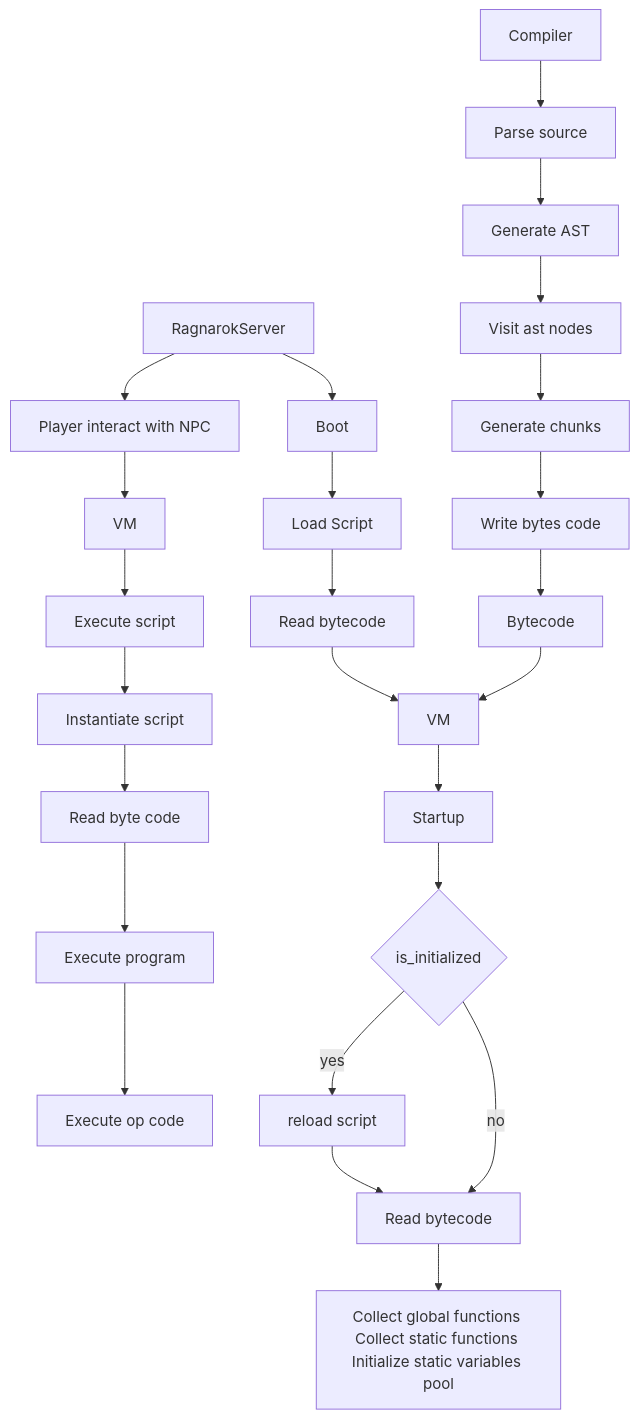
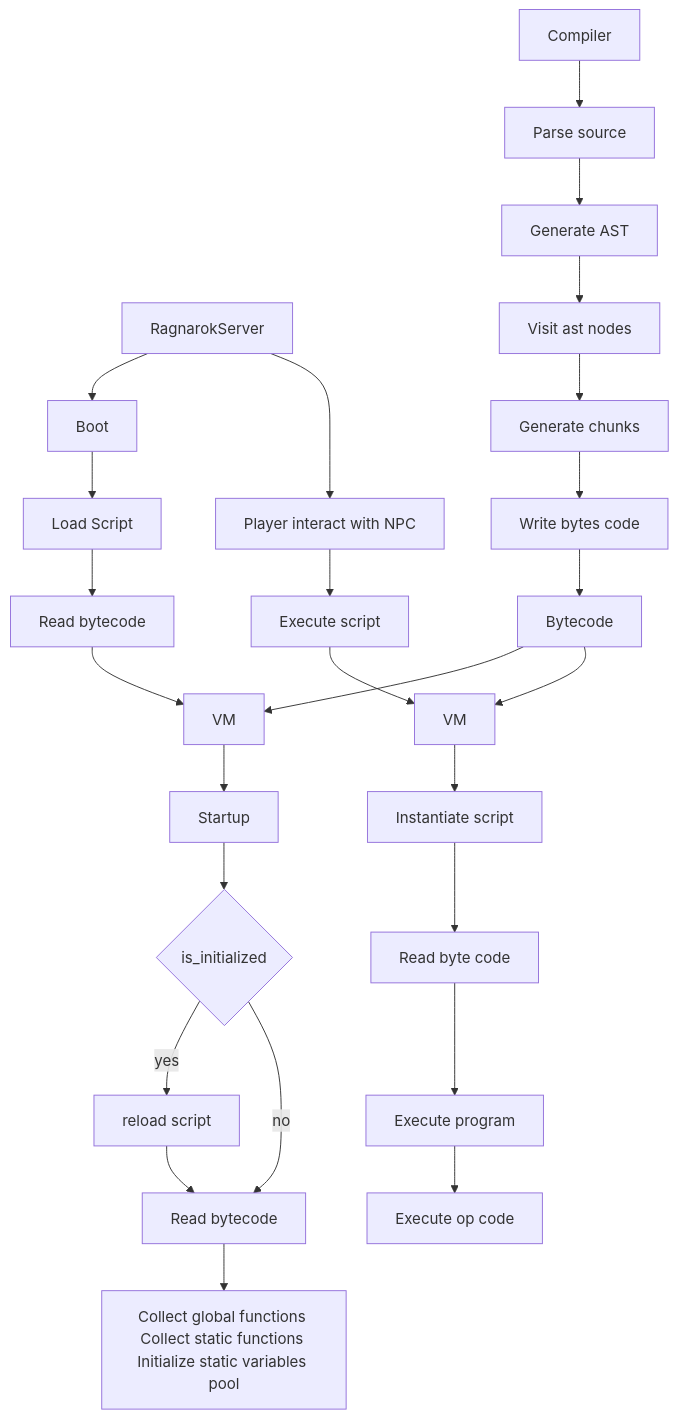
One commit to nmeylan/rathena-script-lang-interpreter changed the diagram in README.md. Above: the diagram before and after it, drawn with Mermaid.

````diff
--- a/README.md
+++ b/README.md
@@ -22,15 +22,16 @@
 ```mermaid
 graph TD
     Server[RagnarokServer] --> Boot --> Load[Load Script] --> Read[Read bytecode] --> VM1;
     Compiler --> ReadTxt[Parse source] --> AST[Generate AST] --> Visit[Visit ast nodes] --> Chunk[Generate chunks] --> ByteCode[Write bytes code] --> Bytecode --> VM1;
     VM1[VM] --> Startup;
-    Server --> Player[Player interact with NPC] --> VM2;
-    VM2[VM] --> Execute[Execute script] --> Instantiate[Instantiate script] --> Read2[Read byte code] --> Run[Execute program] --> I2[Execute op code];
+    Server --> Player[Player interact with NPC] --> Execute;
+    Bytecode --> VM2;
+    Execute[Execute script] --> VM2[VM] --> Instantiate[Instantiate script] --> Read2[Read byte code] --> Run[Execute program] --> I2[Execute op code];
     Startup[Startup] --> CheckInit{is_initialized}
     CheckInit --> |yes| Reload[reload script]
     Reload --> Init
     CheckInit --> |no| Init[Read bytecode]
     Init --> I[Collect global functions <br>Collect static functions <br>Initialize static variables pool]
 
 
 ```
````
